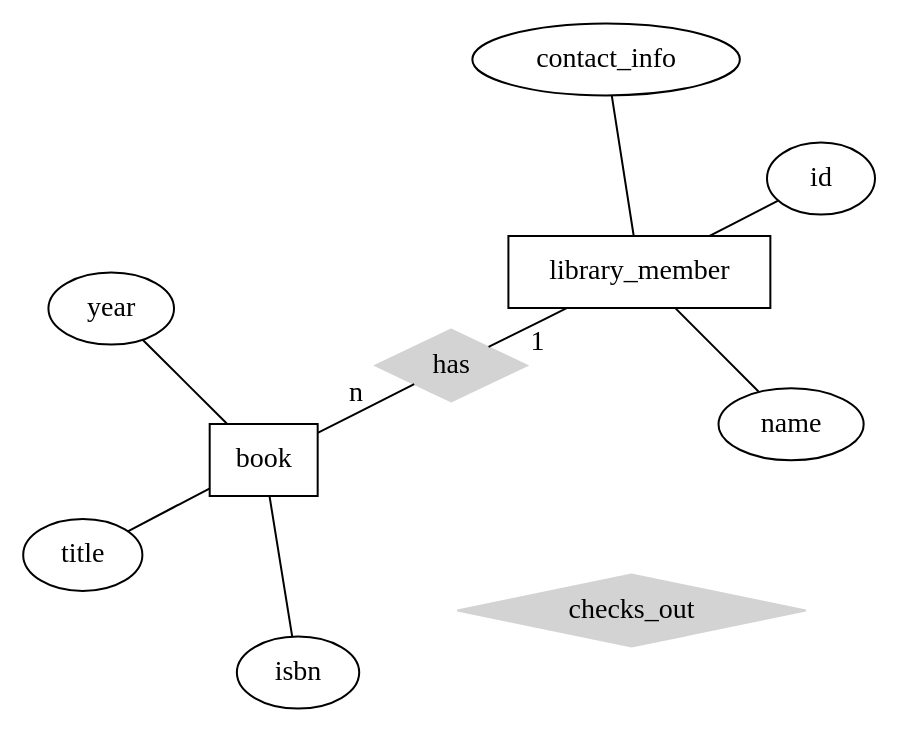
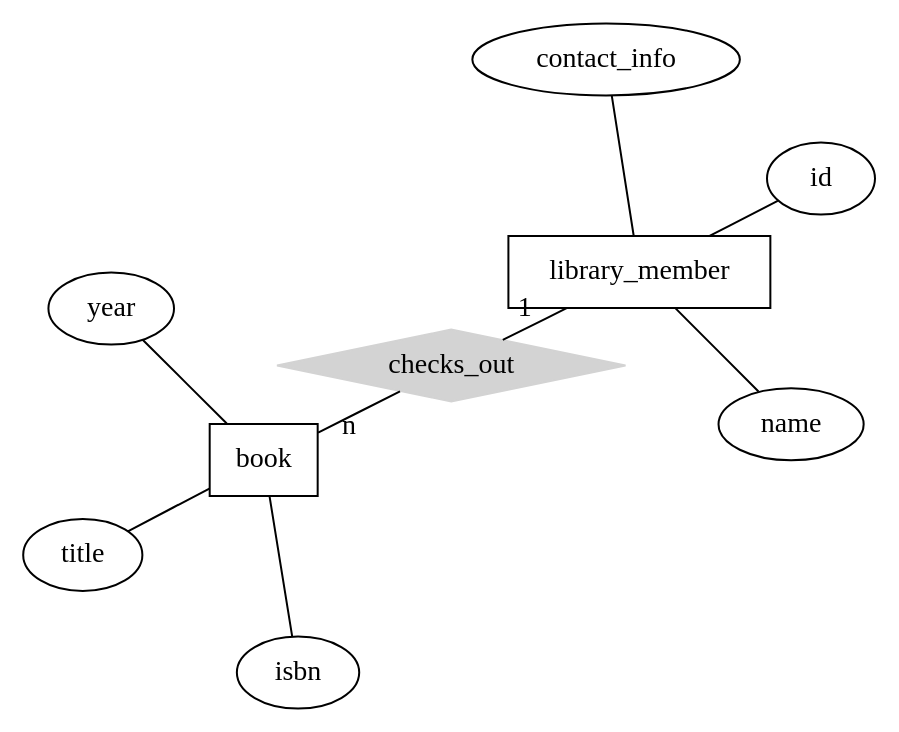
One commit to cmsc-vcu/cmsc508-fa2023-hw2-camslam13 changed the first of 2 diagrams in hw2/README.qmd. Above: the diagram before and after it, drawn with Graphviz. The commit also changed 1 other file, not shown here.

Commit message:
my first commit to this repo

````diff
--- a/hw2/README.qmd
+++ b/hw2/README.qmd
@@ -21,20 +21,20 @@
 ```{dot}
 //| echo: false
 graph ER {
     layout=neato;
   scale=1.3;
     node [shape=box]; book; library_member;
     node [shape=ellipse]; name, contact_info, id, year, title, isbn
     node [shape=diamond,style=filled,color=lightgrey]; checks_out
     
-    library_member -- has [label="1",len=1.00]
-    has -- book [label="n",len=1.00]
+    library_member -- checks_out [label="1",len=1.00]
+    checks_out -- book [label="n",len=1.00]
     
     library_member -- id
     library_member -- name
     library_member -- contact_info
     book -- year
     book -- title
     book -- isbn
 }
 ```
````
